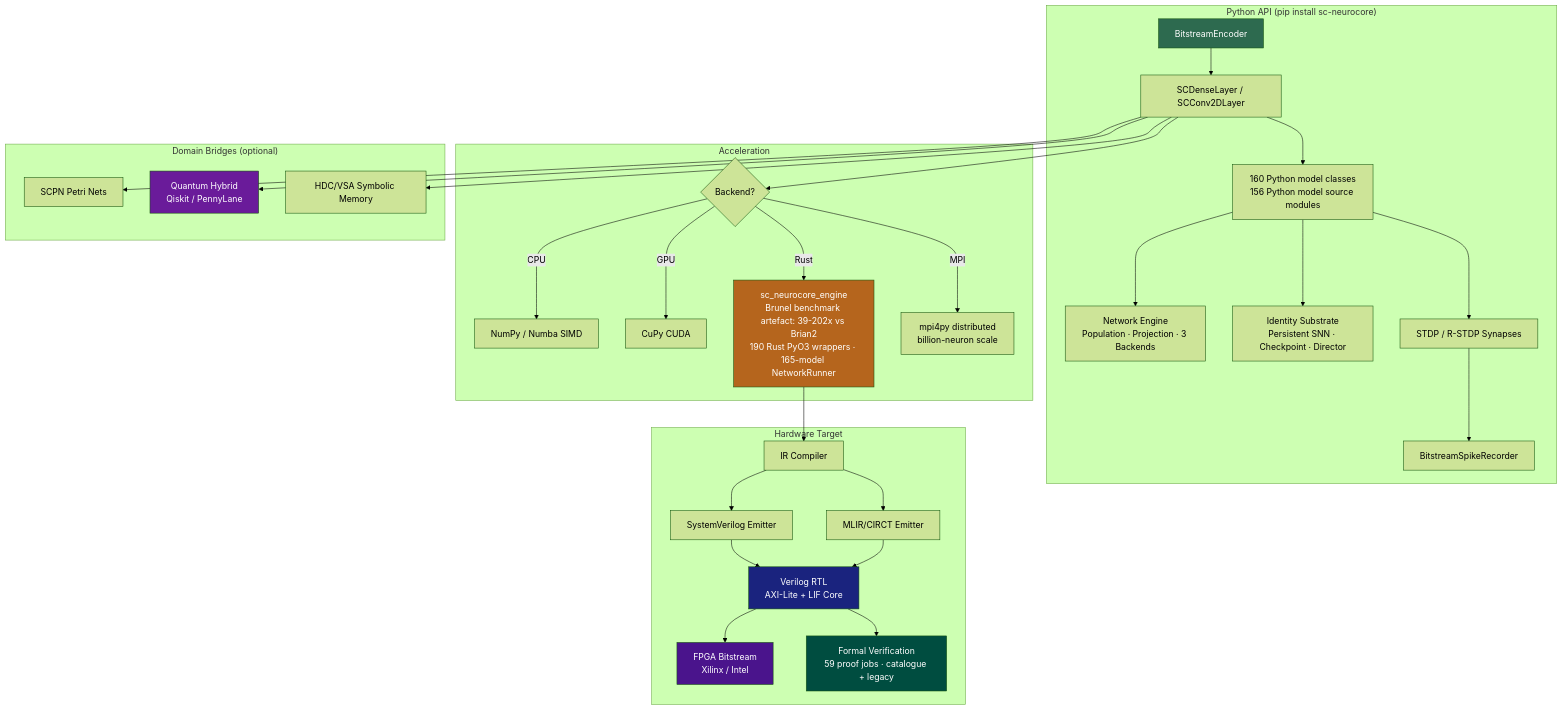
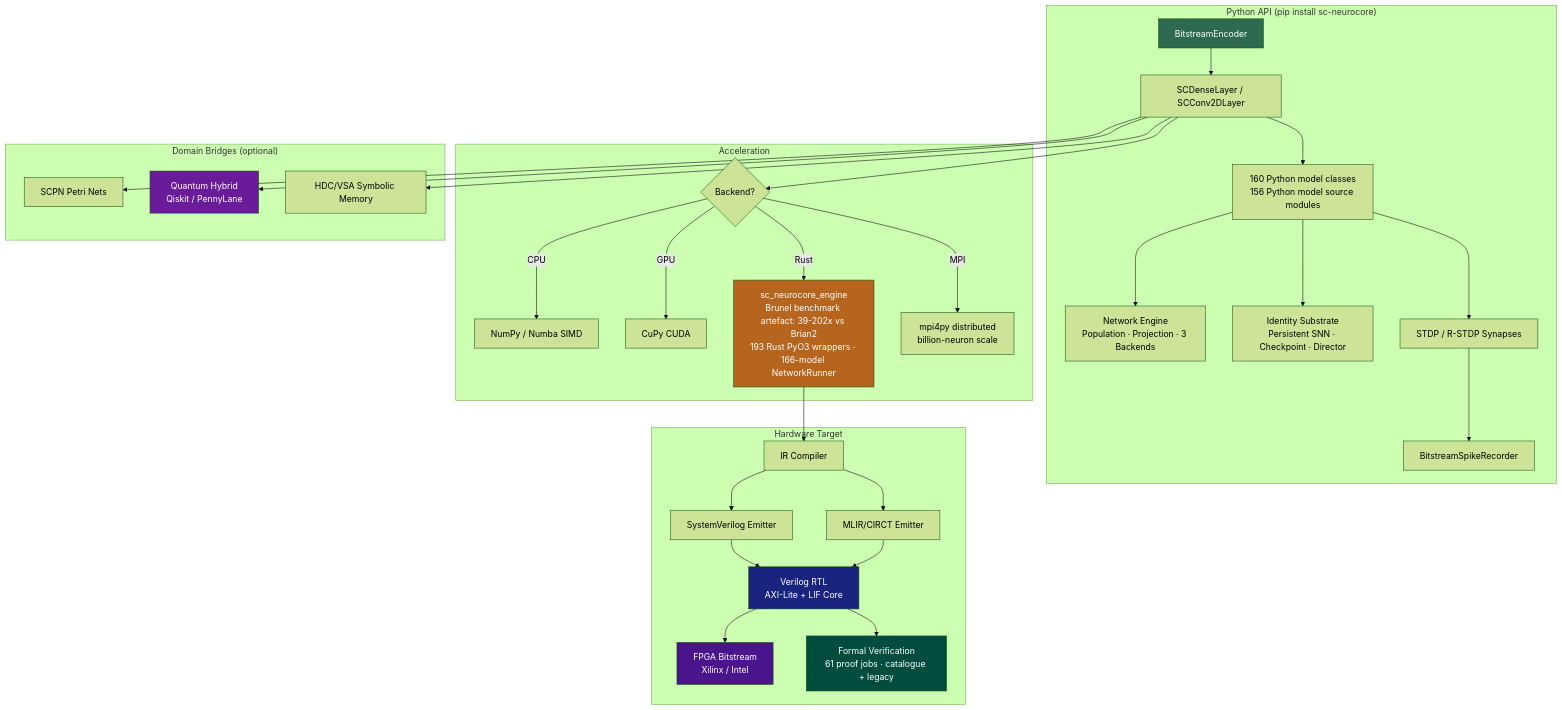
The diagram in README.md (anulum/sc-neurocore), drawn with Mermaid (forest theme) before and after one commit. The commit also changed other lines of this file and 89 other files, not shown here.

````diff
--- a/README.md
+++ b/README.md
@@ -374,42 +374,42 @@
 ```mermaid
 graph TD
     subgraph "Python API (pip install sc-neurocore)"
         A[BitstreamEncoder] --> B[SCDenseLayer / SCConv2DLayer]
         B --> C[160 Python model classes<br/>156 Python model source modules]
         C --> NET[Network Engine<br/>Population · Projection · 3 Backends]
         C --> ID[Identity Substrate<br/>Persistent SNN · Checkpoint · Director]
         C --> D[STDP / R-STDP Synapses]
         D --> E[BitstreamSpikeRecorder]
     end
 
     subgraph "Acceleration"
         B --> F{Backend?}
         F -->|CPU| G[NumPy / Numba SIMD]
         F -->|GPU| H[CuPy CUDA]
-        F -->|Rust| I[sc_neurocore_engine<br/>Brunel benchmark artefact: 39-202x vs Brian2<br/>190 Rust PyO3 wrappers · 165-model NetworkRunner]
+        F -->|Rust| I[sc_neurocore_engine<br/>Brunel benchmark artefact: 39-202x vs Brian2<br/>193 Rust PyO3 wrappers · 166-model NetworkRunner]
         F -->|MPI| MPI[mpi4py distributed<br/>billion-neuron scale]
     end
 
     subgraph "Hardware Target"
         I --> J[IR Compiler]
         J --> K[SystemVerilog Emitter]
         J --> K2[MLIR/CIRCT Emitter]
         K --> L[Verilog RTL<br/>AXI-Lite + LIF Core]
         K2 --> L
         L --> M[FPGA Bitstream<br/>Xilinx / Intel]
-        L --> V[Formal Verification<br/>59 proof jobs · catalogue + legacy]
+        L --> V[Formal Verification<br/>61 proof jobs · catalogue + legacy]
     end
 
     subgraph "Domain Bridges (optional)"
         B --> N[SCPN Petri Nets]
         B --> O[Quantum Hybrid<br/>Qiskit / PennyLane]
         B --> P[HDC/VSA Symbolic Memory]
     end
 
     style A fill:#2d6a4f,color:#fff
     style I fill:#b5651d,color:#fff
     style L fill:#1a237e,color:#fff
     style M fill:#4a148c,color:#fff
     style O fill:#6a1b9a,color:#fff
     style V fill:#004d40,color:#fff
 ```
````
